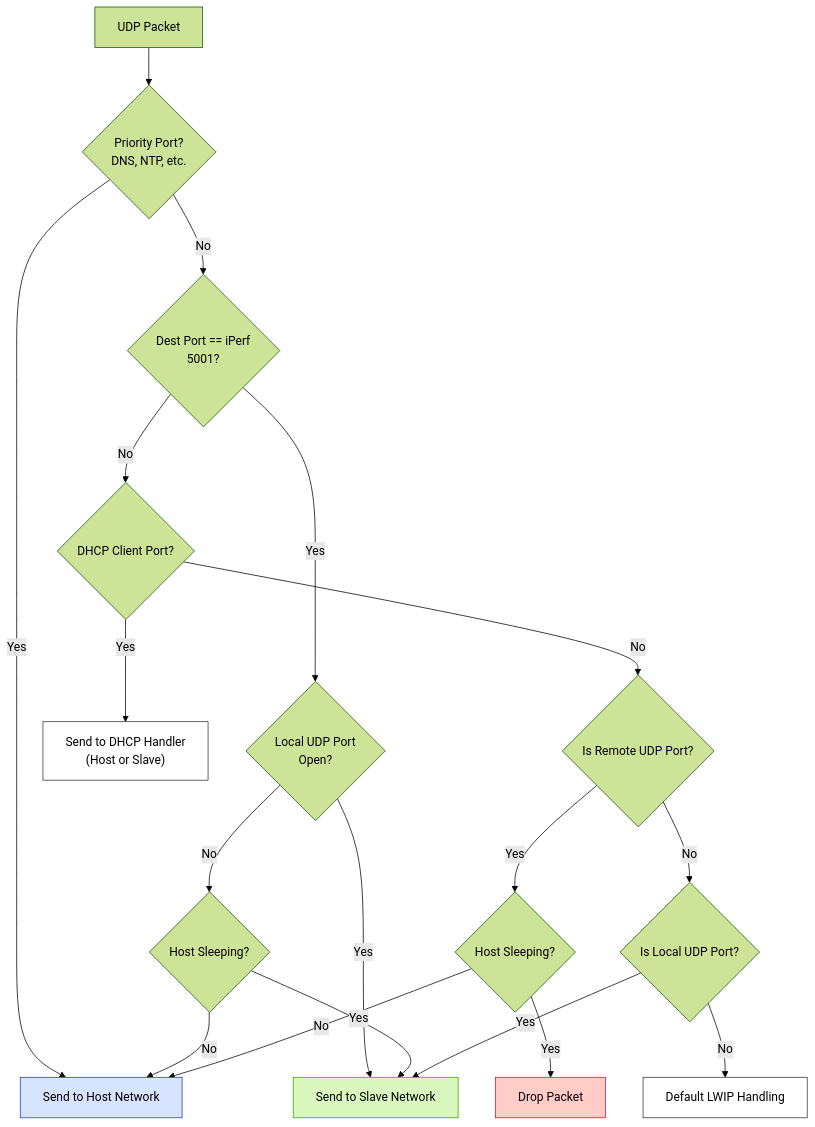
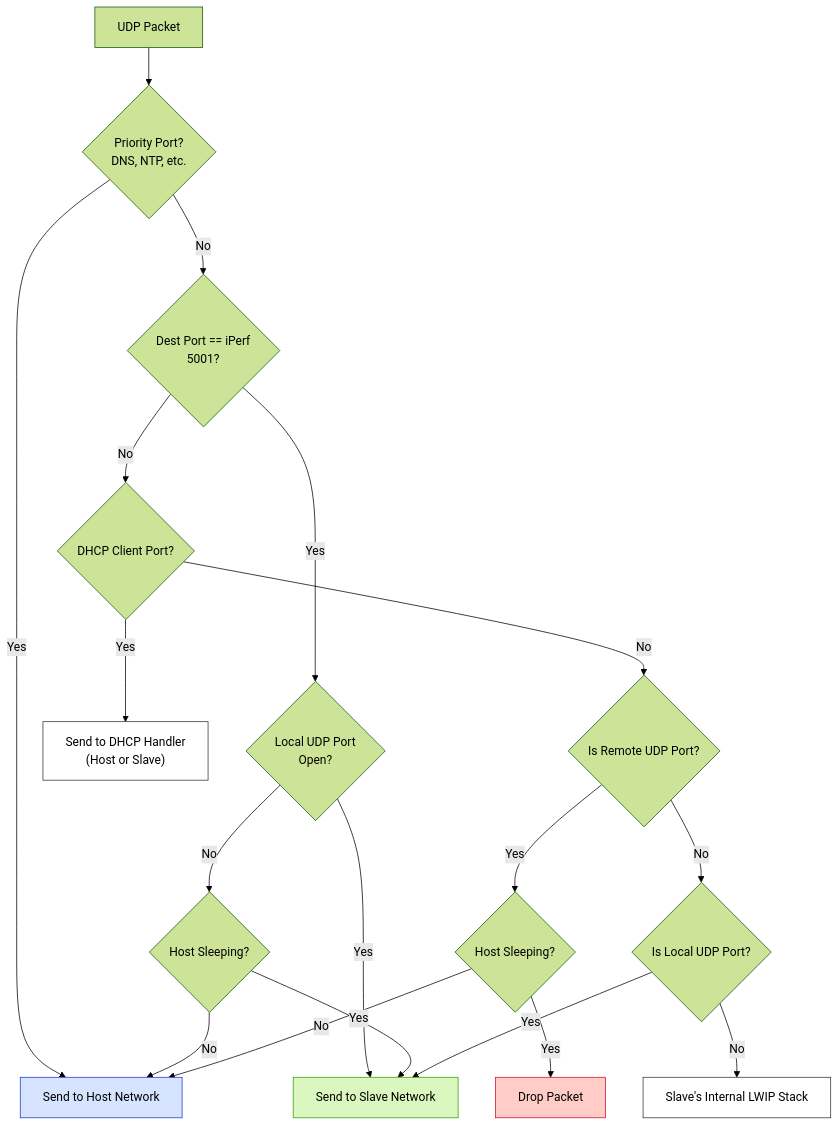
Before and after one commit to espressif/esp-hosted: the third of 4 diagrams in esp_hosted_fg/docs/Linux_based_host/Network_Split.md, drawn with Mermaid (forest theme). The commit also changed other lines of this file, not shown here.

````diff
--- a/esp_hosted_fg/docs/Linux_based_host/Network_Split.md
+++ b/esp_hosted_fg/docs/Linux_based_host/Network_Split.md
@@ -131,36 +134,36 @@
 ```mermaid
 %% UDP Processing
 flowchart TD
     H[UDP Packet] --> H1{Priority Port?<br/>DNS, NTP, etc.}
     H1 -->|Yes| K[Send to Host Network]
-    
+
     H1 -->|No| H2{Dest Port == iPerf<br/>5001?}
     H2 -->|Yes| H3{Local UDP Port<br/>Open?}
     H3 -->|Yes| C[Send to Slave Network]
     H3 -->|No| H4{Host Sleeping?}
     H4 -->|No| K
     H4 -->|Yes| C
-    
+
     H2 -->|No| H5{DHCP Client Port?}
     H5 -->|Yes| H6["Send to DHCP Handler<br/>(Host or Slave)"]
-    
+
     H5 -->|No| H7{Is Remote UDP Port?}
     H7 -->|Yes| H8{Host Sleeping?}
     H8 -->|Yes| L[Drop Packet]
     H8 -->|No| K
-    
+
     H7 -->|No| H9{Is Local UDP Port?}
     H9 -->|Yes| C
-    H9 -->|No| D[Default LWIP Handling]
-    
+    H9 -->|No| D[Slave's Internal LWIP Stack]
+
     classDef slaveNode fill:#d9f7be,stroke:#389e0d
     classDef hostNode fill:#d6e4ff,stroke:#1d39c4
     classDef invalidNode fill:#ffccc7,stroke:#cf1322
     classDef defaultNode fill:#fff,stroke:#333
-    
+
     class K hostNode
     class C slaveNode
     class L invalidNode
     class D defaultNode
     class H6 defaultNode
 ```
````
